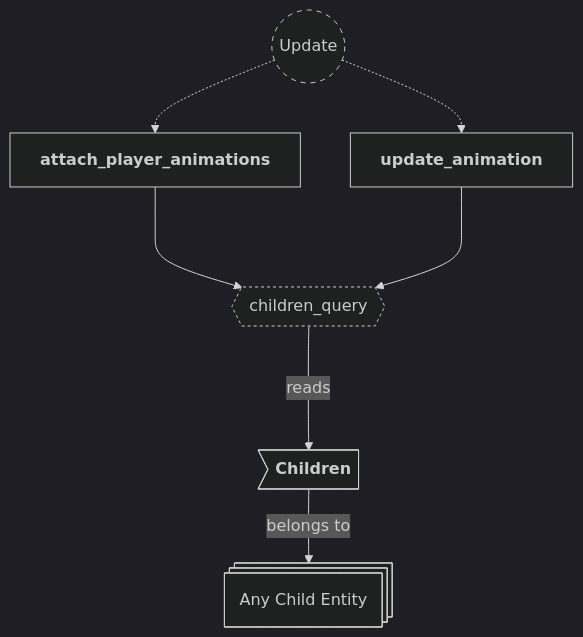
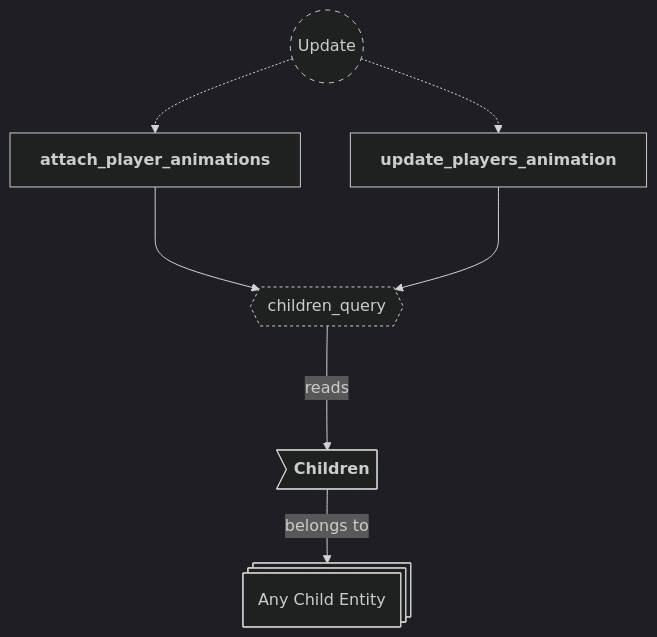
The sixth of 16 diagrams in backlog/docs/doc-5 - 004-Animations-plugin.md (neurosoup/tyled), drawn with Mermaid before and after one commit. The commit also changed other lines of this file and 11 other files, not shown here.

````diff
--- a/backlog/docs/doc-5 - 004-Animations-plugin.md
+++ b/backlog/docs/doc-5 - 004-Animations-plugin.md
@@ -149,27 +233,27 @@
 ```mermaid
 ---
 config:
   theme: dark
 ---
 
 flowchart TD
 classDef system-group stroke-dasharray: 5 5
 classDef query stroke-dasharray: 3 3
 
 update(("`Update`")):::system-group
 attach_player_animations["`**attach_player_animations**`"]
-update_animation["`**update_animation**`"]
+update_players_animation["`**update_players_animation**`"]
 
 update -.-> attach_player_animations
-update -.-> update_animation
+update -.-> update_players_animation
 
 children_query{{"`children_query`"}}:::query
 attach_player_animations ---> children_query
-update_animation ---> children_query
+update_players_animation ---> children_query
 
 child_entity@{ shape: st-rect, label: "Any Child Entity" }
 
 ch_children>"`**Children**`"] --> |belongs to| child_entity
 
 children_query ---> |reads| ch_children
 ```
````
